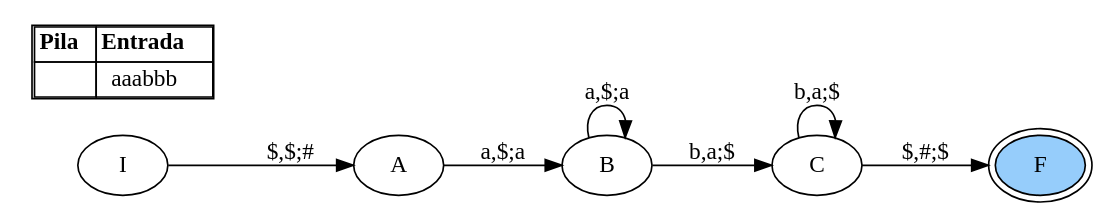
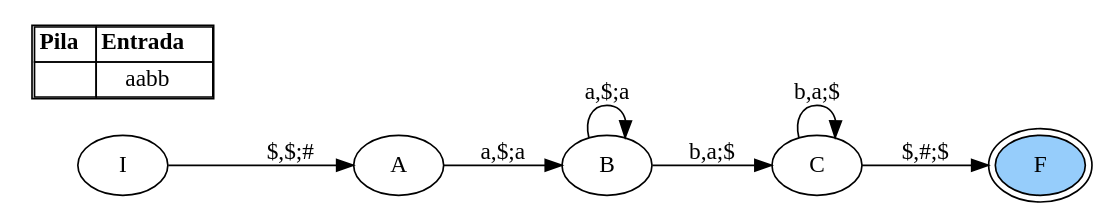
One commit to sebas-v-c/LFP_P2_202109114 changed the diagram in Res/.input.dot. Above: the diagram before and after it, drawn with Graphviz. The commit also changed 8 other files, not shown here.

```diff
--- a/Res/.input.dot
+++ b/Res/.input.dot
@@ -1,26 +1,26 @@
 digraph G{
 rankdir=LR;
 I;A;B;C;F;
 F [peripheries=2];
 F [style=filled fillcolor="#96CDFB"];
 I -> A [label="$,$;#"];
 A -> B [label="a,$;a"];
 B -> B [label="a,$;a"];
 B -> C [label="b,a;$"];
 C -> C [label="b,a;$"];
 C -> F [label="$,#;$"];
 node [shape=record];
 "node" [
 label =<<TABLE BORDER="1" CELLBORDER="1" CELLSPACING="0">
 <tr>
 <td><B>Pila</B></td>
 <td><B>Entrada</B></td>
 </tr>
 <tr>
 <td></td>
-<td>aaabbb</td>
+<td>aabb</td>
 </tr>
 </TABLE>>
 shape="none"
 ];
 }
```
